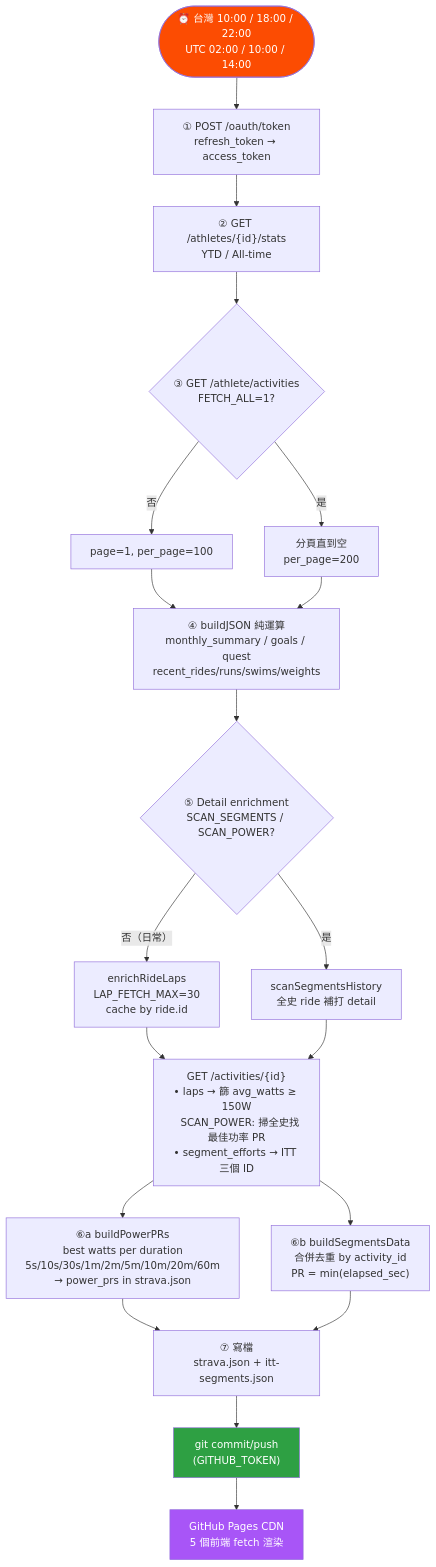
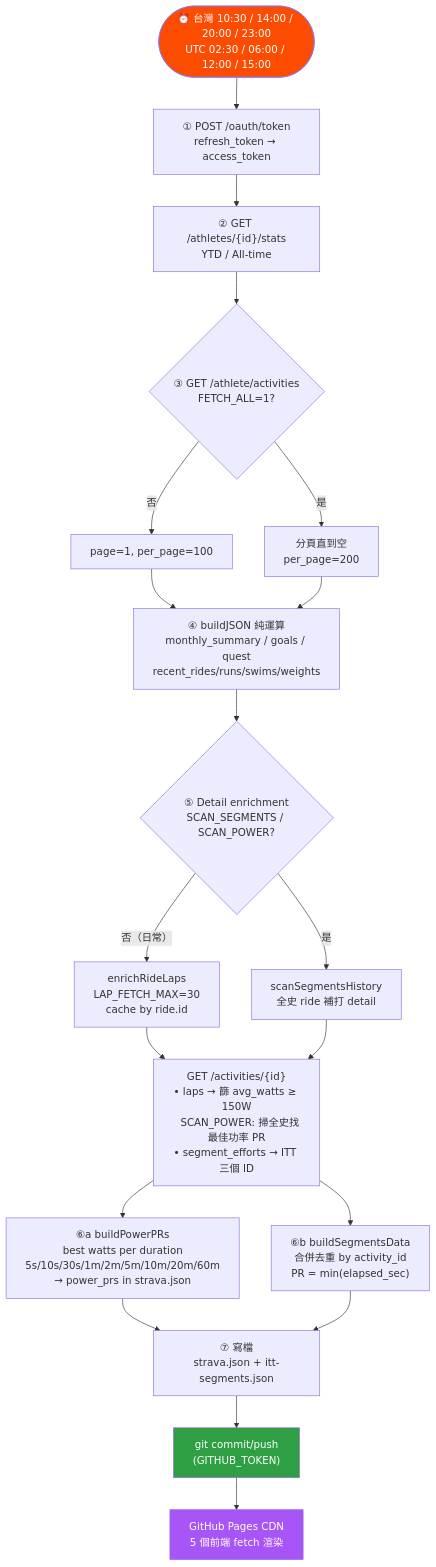
The diagram in README.md (n1025819/sport_martin), drawn with Mermaid before and after one commit. The commit also changed other lines of this file and 1 other file, not shown here.

````diff
--- a/README.md
+++ b/README.md
@@ -250,29 +250,29 @@
 ```mermaid
 flowchart TD
-  Cron(["⏰ 台灣 10:00 / 18:00 / 22:00<br/>UTC 02:00 / 10:00 / 14:00"]) --> Token
+  Cron(["⏰ 台灣 10:30 / 14:00 / 20:00 / 23:00<br/>UTC 02:30 / 06:00 / 12:00 / 15:00"]) --> Token
   Token["① POST /oauth/token<br/>refresh_token → access_token"] --> Stats
   Stats["② GET /athletes/{id}/stats<br/>YTD / All-time"] --> Acts
   Acts{"③ GET /athlete/activities<br/>FETCH_ALL=1?"}
   Acts -- 否 --> ActsR["page=1, per_page=100"]
   Acts -- 是 --> ActsA["分頁直到空<br/>per_page=200"]
   ActsR --> Build
   ActsA --> Build
   Build["④ buildJSON 純運算<br/>monthly_summary / goals / quest<br/>recent_rides/runs/swims/weights"] --> Mode
   Mode{"⑤ Detail enrichment<br/>SCAN_SEGMENTS / SCAN_POWER?"}
   Mode -- 否（日常） --> Daily["enrichRideLaps<br/>LAP_FETCH_MAX=30<br/>cache by ride.id"]
   Mode -- 是 --> Scan["scanSegmentsHistory<br/>全史 ride 補打 detail"]
   Daily --> Detail
   Scan --> Detail
   Detail["GET /activities/{id}<br/>• laps → 篩 avg_watts ≥ 150W<br/>  SCAN_POWER: 掃全史找最佳功率 PR<br/>• segment_efforts → ITT 三個 ID"]
   Detail --> Power["⑥a buildPowerPRs<br/>best watts per duration<br/>5s/10s/30s/1m/2m/5m/10m/20m/60m<br/>→ power_prs in strava.json"]
   Detail --> Segs["⑥b buildSegmentsData<br/>合併去重 by activity_id<br/>PR = min(elapsed_sec)"]
   Power --> Write
   Segs --> Write
   Write["⑦ 寫檔<br/>strava.json + itt-segments.json"]
   Write --> Push["git commit/push<br/>(GITHUB_TOKEN)"]
   Push --> Pages["GitHub Pages CDN<br/>5 個前端 fetch 渲染"]
 
   style Cron fill:#FC4C02,color:#fff
   style Push fill:#2ea043,color:#fff
   style Pages fill:#a855f7,color:#fff
 ```
````
